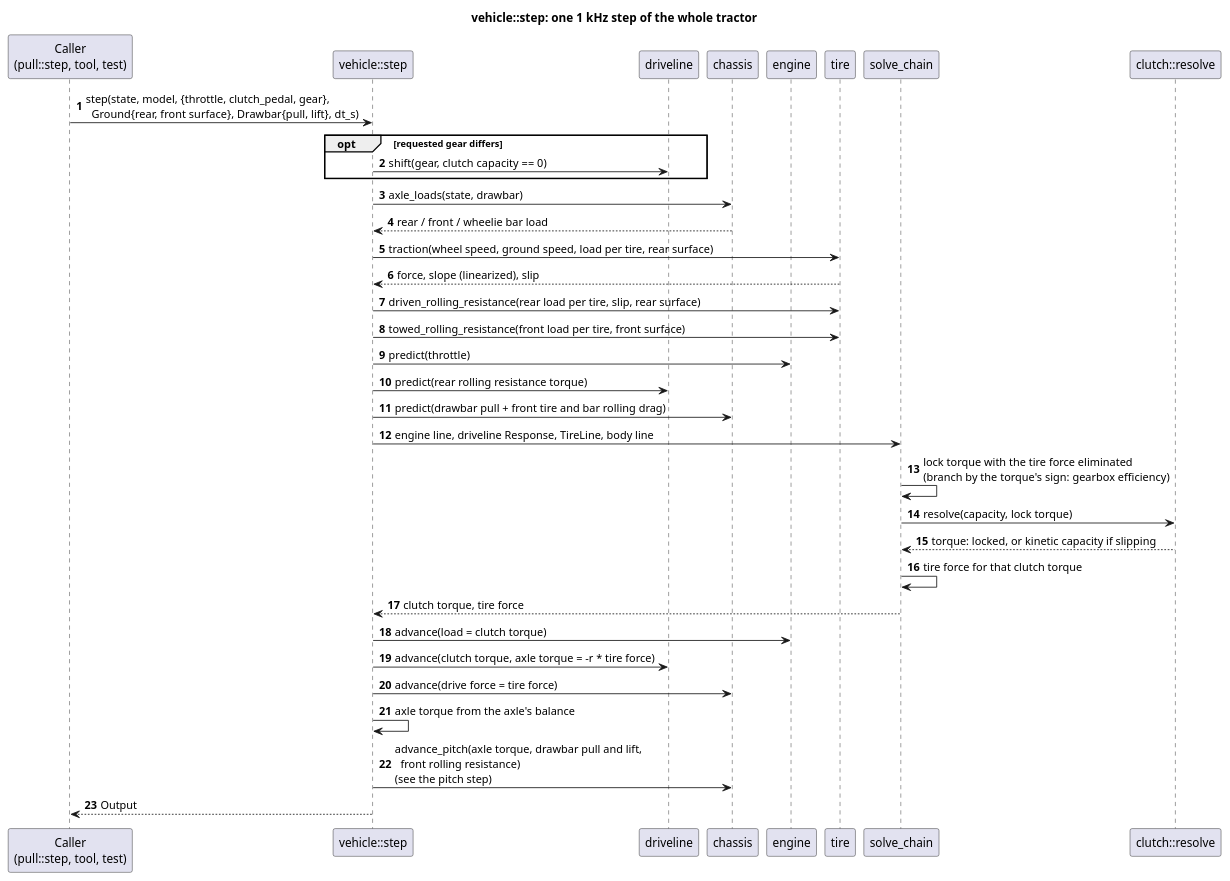
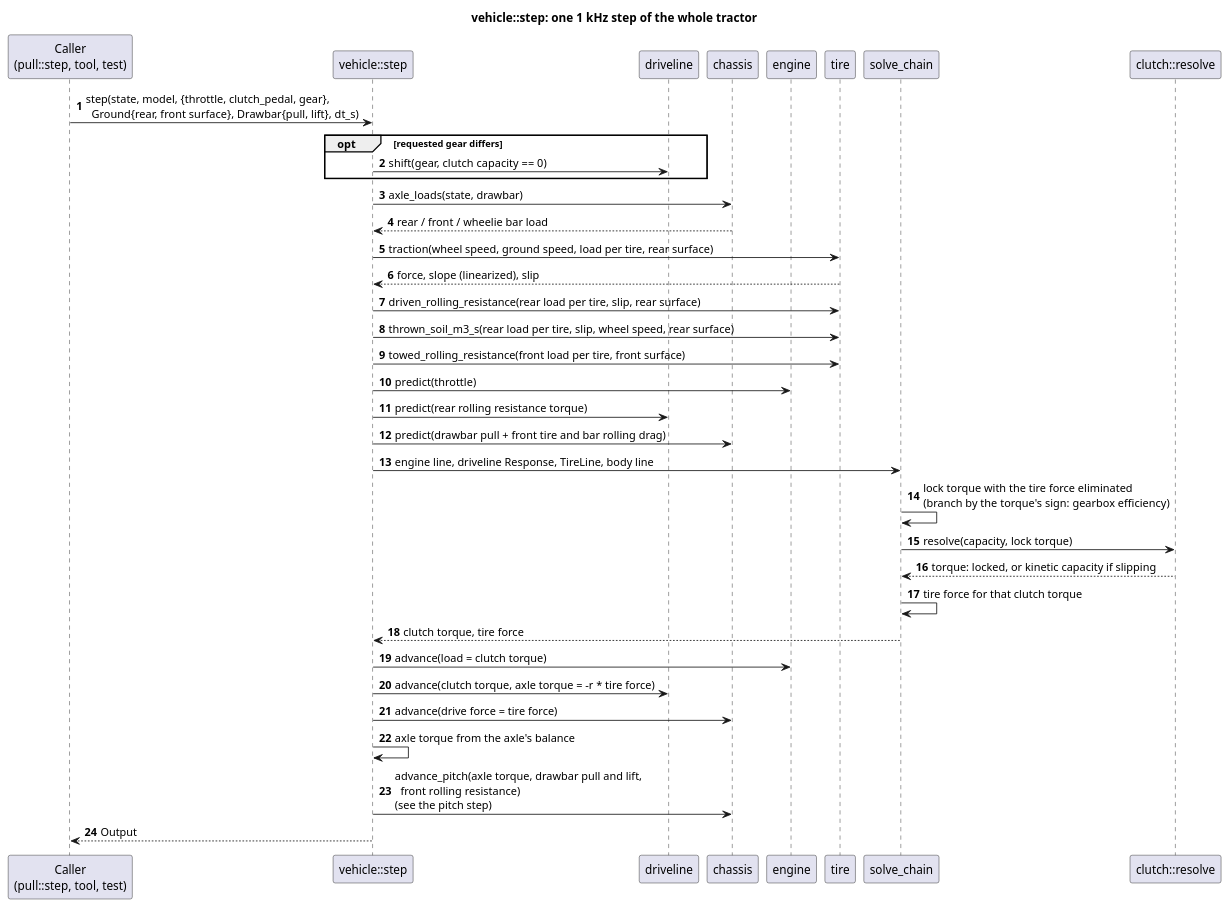
One commit to wversteeg/TractorPulling changed the diagram in docs/diagrams/vehicle_step_sequence.puml. Above: the diagram before and after it, drawn with PlantUML. The commit also changed 32 other files, not shown here.

```diff
--- a/docs/diagrams/vehicle_step_sequence.puml
+++ b/docs/diagrams/vehicle_step_sequence.puml
@@ -1,38 +1,39 @@
 @startuml vehicle_step_sequence
 title vehicle::step: one 1 kHz step of the whole tractor
 autonumber
 participant "Caller\n(pull::step, tool, test)" as Caller
 participant "vehicle::step" as Step
 participant "driveline" as Driveline
 participant "chassis" as Chassis
 participant "engine" as Engine
 participant "tire" as Tire
 participant "solve_chain" as Solve
 participant "clutch::resolve" as Clutch
 
 Caller -> Step : step(state, model, {throttle, clutch_pedal, gear},\n  Ground{rear, front surface}, Drawbar{pull, lift}, dt_s)
 opt requested gear differs
   Step -> Driveline : shift(gear, clutch capacity == 0)
 end
 Step -> Chassis : axle_loads(state, drawbar)
 Chassis --> Step : rear / front / wheelie bar load
 Step -> Tire : traction(wheel speed, ground speed, load per tire, rear surface)
 Tire --> Step : force, slope (linearized), slip
 Step -> Tire : driven_rolling_resistance(rear load per tire, slip, rear surface)
+Step -> Tire : thrown_soil_m3_s(rear load per tire, slip, wheel speed, rear surface)
 Step -> Tire : towed_rolling_resistance(front load per tire, front surface)
 Step -> Engine : predict(throttle)
 Step -> Driveline : predict(rear rolling resistance torque)
 Step -> Chassis : predict(drawbar pull + front tire and bar rolling drag)
 Step -> Solve : engine line, driveline Response, TireLine, body line
 Solve -> Solve : lock torque with the tire force eliminated\n(branch by the torque's sign: gearbox efficiency)
 Solve -> Clutch : resolve(capacity, lock torque)
 Clutch --> Solve : torque: locked, or kinetic capacity if slipping
 Solve -> Solve : tire force for that clutch torque
 Solve --> Step : clutch torque, tire force
 Step -> Engine : advance(load = clutch torque)
 Step -> Driveline : advance(clutch torque, axle torque = -r * tire force)
 Step -> Chassis : advance(drive force = tire force)
 Step -> Step : axle torque from the axle's balance
 Step -> Chassis : advance_pitch(axle torque, drawbar pull and lift,\n  front rolling resistance)\n(see the pitch step)
 Step --> Caller : Output
 @enduml
```
